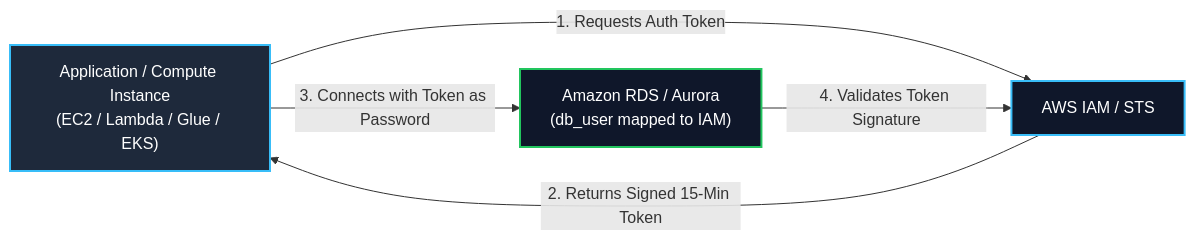
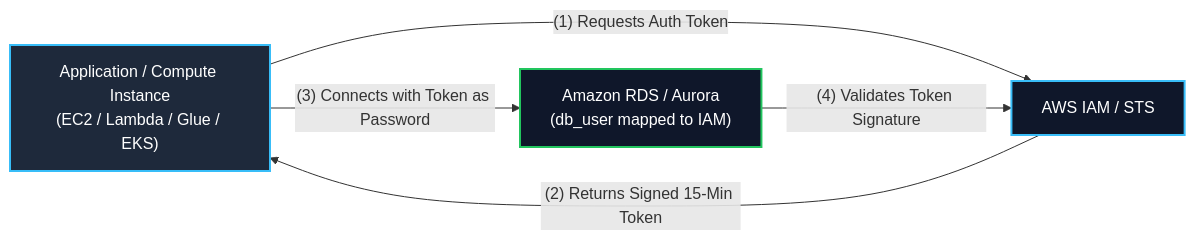
One commit to Wathon/aws-dea-c01-note changed the sixth of 6 diagrams in content/02-services/database/rds-and-aurora.md. Above: the diagram before and after it, drawn with Mermaid. The commit also changed other lines of this file and 19 other files, not shown here.

Commit message:
fix(mermaid): resolve 'Unsupported markdown: list' rendering issues across all diagram node and edge labels

````diff
--- a/content/02-services/database/rds-and-aurora.md
+++ b/content/02-services/database/rds-and-aurora.md
@@ -329,15 +329,15 @@
 ```mermaid
 graph LR
-    Client["Application / Compute Instance<br/>(EC2 / Lambda / Glue / EKS)"] -->|"1. Requests Auth Token"| IAM["AWS IAM / STS"]
-    IAM -->|"2. Returns Signed 15-Min Token"| Client
-    Client -->|"3. Connects with Token as Password"| DBEngine["Amazon RDS / Aurora<br/>(db_user mapped to IAM)"]
-    DBEngine -->|"4. Validates Token Signature"| IAM
+    Client["Application / Compute Instance<br/>(EC2 / Lambda / Glue / EKS)"] -->|"(1) Requests Auth Token"| IAM["AWS IAM / STS"]
+    IAM -->|"(2) Returns Signed 15-Min Token"| Client
+    Client -->|"(3) Connects with Token as Password"| DBEngine["Amazon RDS / Aurora<br/>(db_user mapped to IAM)"]
+    DBEngine -->|"(4) Validates Token Signature"| IAM
 
     classDef client fill:#1e293b,stroke:#38bdf8,stroke-width:2px,color:#fff;
     classDef iam fill:#0f172a,stroke:#38bdf8,stroke-width:2px,color:#fff;
     classDef db fill:#0f172a,stroke:#22c55e,stroke-width:2px,color:#fff;
 
     class Client client;
     class IAM iam;
     class DBEngine db;
 ```
````
